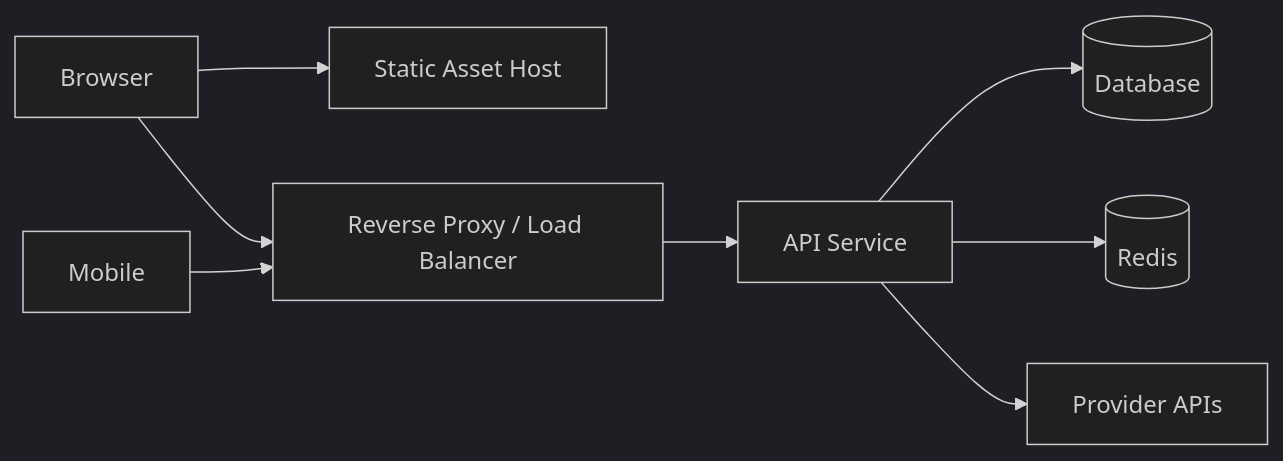
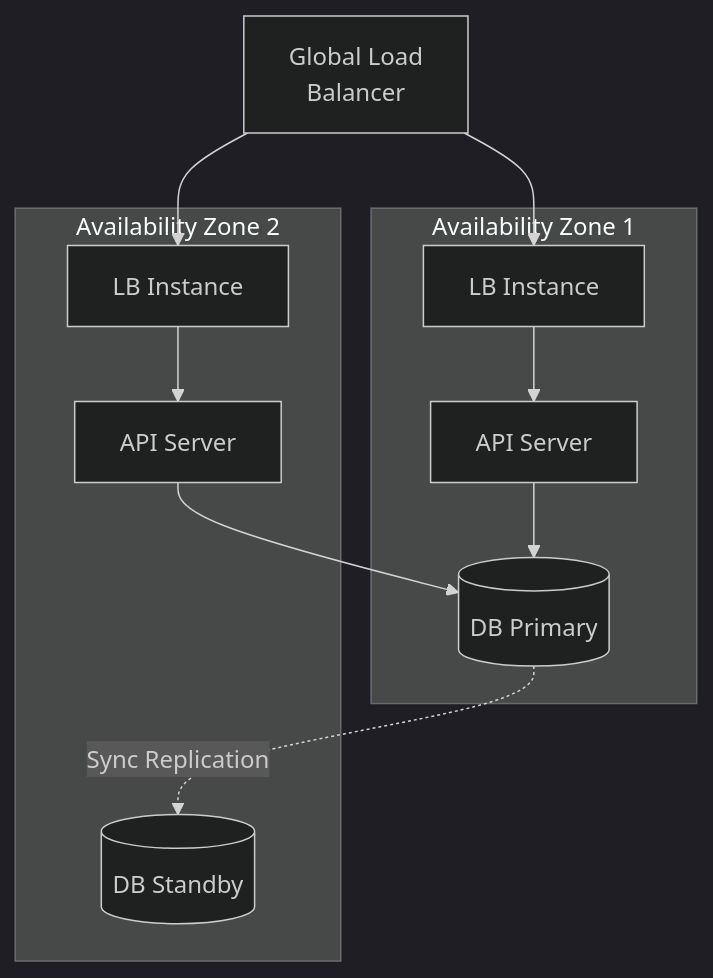
Before and after one commit to 0Ankit0/slot-booking: the third of 4 diagrams in docs/infrastructure/network-infrastructure.md, drawn with Mermaid (dark theme). The commit also changed other lines of this file and 36 other files, not shown here.

````diff
--- a/docs/infrastructure/network-infrastructure.md
+++ b/docs/infrastructure/network-infrastructure.md
@@ -3,10 +138,25 @@
 ```mermaid
-flowchart LR
-  Browser --> CDN[Static Asset Host]
-  Browser --> LB[Reverse Proxy / Load Balancer]
-  Mobile --> LB
-  LB --> API[API Service]
-  API --> DB[(Database)]
-  API --> Redis[(Redis)]
-  API --> Internet[Provider APIs]
+graph TB
+    subgraph "Availability Zone 1"
+        LB1[LB Instance]
+        API1[API Server]
+        DB1[(DB Primary)]
+    end
+    
+    subgraph "Availability Zone 2"
+        LB2[LB Instance]
+        API2[API Server]
+        DB2[(DB Standby)]
+    end
+    
+    GLB[Global Load<br/>Balancer] --> LB1
+    GLB --> LB2
+    
+    LB1 --> API1
+    LB2 --> API2
+    
+    API1 --> DB1
+    API2 --> DB1
+    
+    DB1 -.->|Sync Replication| DB2
 ```
````
